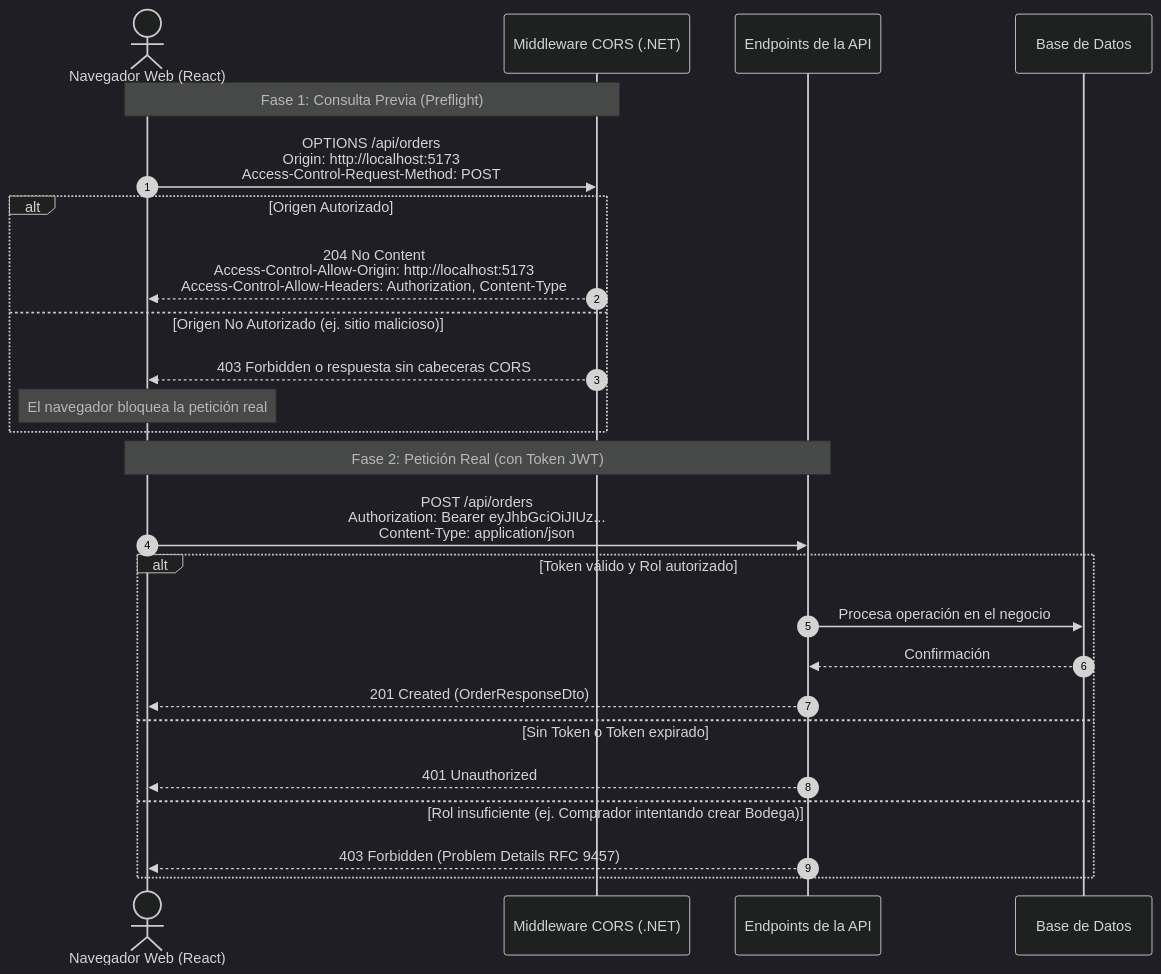
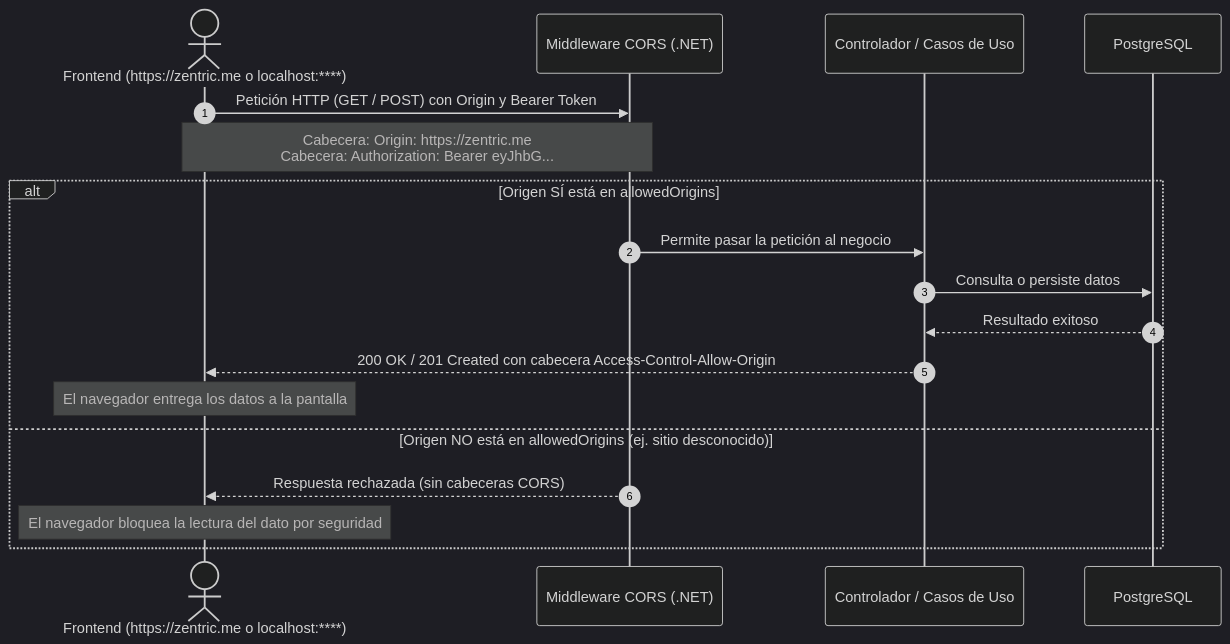
One commit to D-MachadoDev/Zentric changed the diagram in backendSDD/Backend-Cors-Security.md. Above: the diagram before and after it, drawn with Mermaid (dark theme). The commit also changed other lines of this file, not shown here.

Commit message:
docs(sdd): update CORS policy with zentric.me, C# code implementation, and dynamic origins

````diff
--- a/backendSDD/Backend-Cors-Security.md
+++ b/backendSDD/Backend-Cors-Security.md
@@ -24,29 +61,22 @@
 ```mermaid
 sequenceDiagram
     autonumber
-    actor Usuario as Navegador Web (React)
+    actor Web as Frontend (https://zentric.me o localhost:****)
     participant MID as Middleware CORS (.NET)
-    participant API as Endpoints de la API
-    participant DB as Base de Datos
+    participant API as Controlador / Casos de Uso
+    participant DB as PostgreSQL
 
-    Note over Usuario,MID: Fase 1: Consulta Previa (Preflight)
-    Usuario->>MID: OPTIONS /api/orders<br/>Origin: http://localhost:5173<br/>Access-Control-Request-Method: POST
-    alt Origen Autorizado
-        MID-->>Usuario: 204 No Content<br/>Access-Control-Allow-Origin: http://localhost:5173<br/>Access-Control-Allow-Headers: Authorization, Content-Type
-    else Origen No Autorizado (ej. sitio malicioso)
-        MID-->>Usuario: 403 Forbidden o respuesta sin cabeceras CORS
-        Note over Usuario: El navegador bloquea la petición real
-    end
+    Web->>MID: Petición HTTP (GET / POST) con Origin y Bearer Token
+    Note over Web,MID: Cabecera: Origin: https://zentric.me<br/>Cabecera: Authorization: Bearer eyJhbG...
 
-    Note over Usuario,API: Fase 2: Petición Real (con Token JWT)
-    Usuario->>API: POST /api/orders<br/>Authorization: Bearer eyJhbGciOiJIUz...<br/>Content-Type: application/json
-    alt Token válido y Rol autorizado
-        API->>DB: Procesa operación en el negocio
-        DB-->>API: Confirmación
-        API-->>Usuario: 201 Created (OrderResponseDto)
-    else Sin Token o Token expirado
-        API-->>Usuario: 401 Unauthorized
-    else Rol insuficiente (ej. Comprador intentando crear Bodega)
-        API-->>Usuario: 403 Forbidden (Problem Details RFC 9457)
+    alt Origen SÍ está en allowedOrigins
+        MID->>API: Permite pasar la petición al negocio
+        API->>DB: Consulta o persiste datos
+        DB-->>API: Resultado exitoso
+        API-->>Web: 200 OK / 201 Created con cabecera Access-Control-Allow-Origin
+        Note over Web: El navegador entrega los datos a la pantalla
+    else Origen NO está en allowedOrigins (ej. sitio desconocido)
+        MID-->>Web: Respuesta rechazada (sin cabeceras CORS)
+        Note over Web: El navegador bloquea la lectura del dato por seguridad
     end
 ```
````
